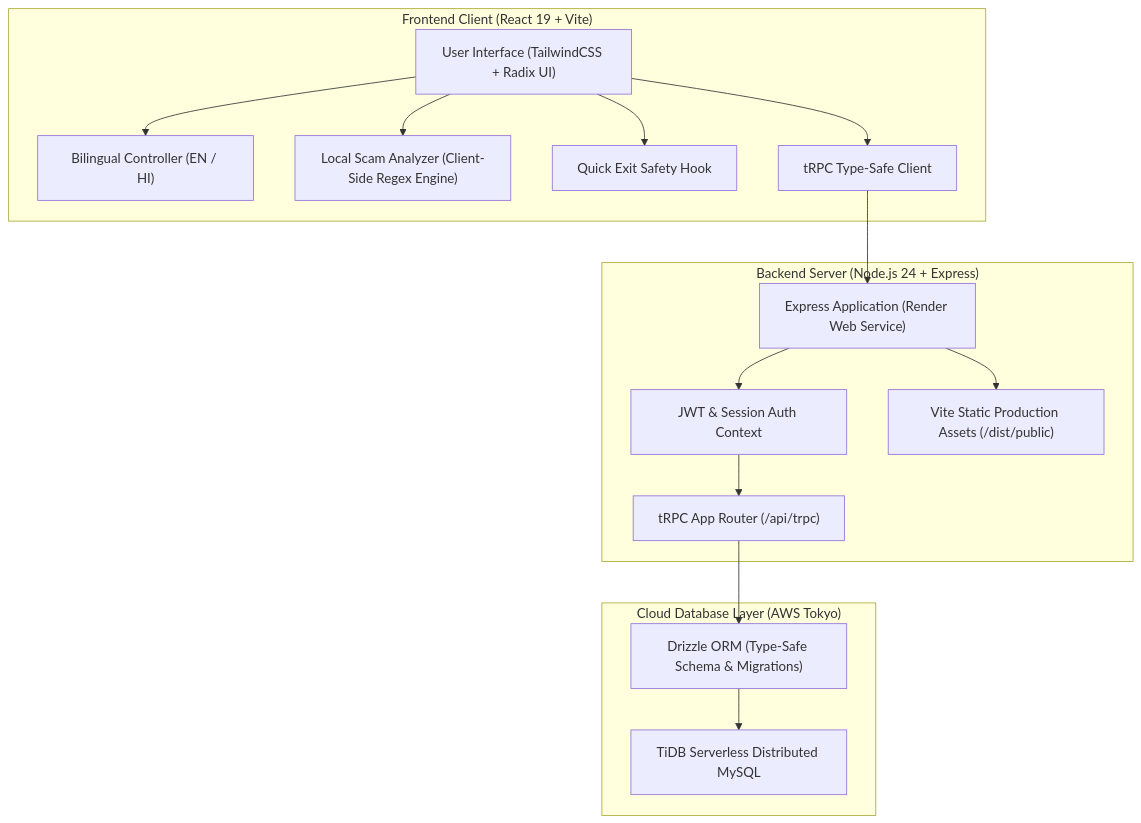
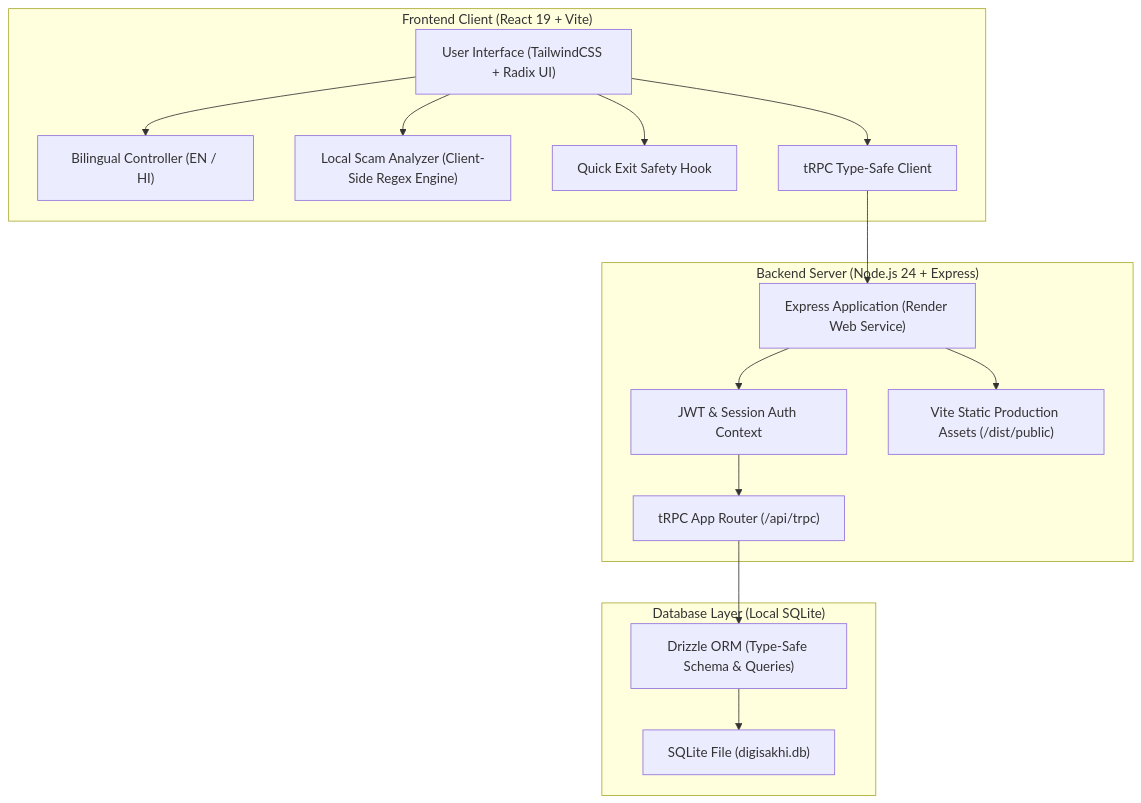
The first of 2 diagrams in README.md (sachin-saroj/digisakhi), drawn with Mermaid before and after one commit. The commit also changed other lines of this file and 8 other files, not shown here.

Commit message:
refactor(db): migrate to embedded SQLite with Drizzle ORM and update documentation

````diff
--- a/README.md
+++ b/README.md
@@ -56,33 +56,33 @@
 ```mermaid
 flowchart TD
     subgraph Client["Frontend Client (React 19 + Vite)"]
         UI["User Interface (TailwindCSS + Radix UI)"]
         Lang["Bilingual Controller (EN / HI)"]
         ScamTool["Local Scam Analyzer (Client-Side Regex Engine)"]
         QuickExit["Quick Exit Safety Hook"]
         tRPCClient["tRPC Type-Safe Client"]
     end
 
     subgraph Server["Backend Server (Node.js 24 + Express)"]
         ExpressApp["Express Application (Render Web Service)"]
         AuthMiddleware["JWT & Session Auth Context"]
         tRPCRouter["tRPC App Router (/api/trpc)"]
         StaticServer["Vite Static Production Assets (/dist/public)"]
     end
 
-    subgraph Database["Cloud Database Layer (AWS Tokyo)"]
-        Drizzle["Drizzle ORM (Type-Safe Schema & Migrations)"]
-        TiDB["TiDB Serverless Distributed MySQL"]
+    subgraph Database["Database Layer (Local SQLite)"]
+        Drizzle["Drizzle ORM (Type-Safe Schema & Queries)"]
+        SQLite["SQLite File (digisakhi.db)"]
     end
 
     UI --> Lang
     UI --> ScamTool
     UI --> QuickExit
     UI --> tRPCClient
     tRPCClient --> ExpressApp
     ExpressApp --> AuthMiddleware
     AuthMiddleware --> tRPCRouter
     tRPCRouter --> Drizzle
-    Drizzle --> TiDB
+    Drizzle --> SQLite
     ExpressApp --> StaticServer
 ```
````
